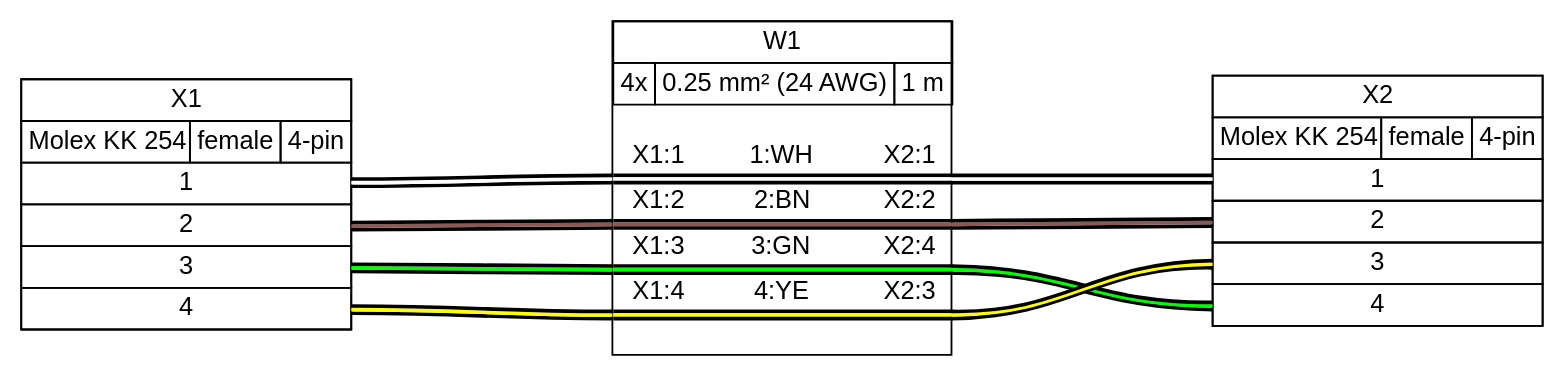
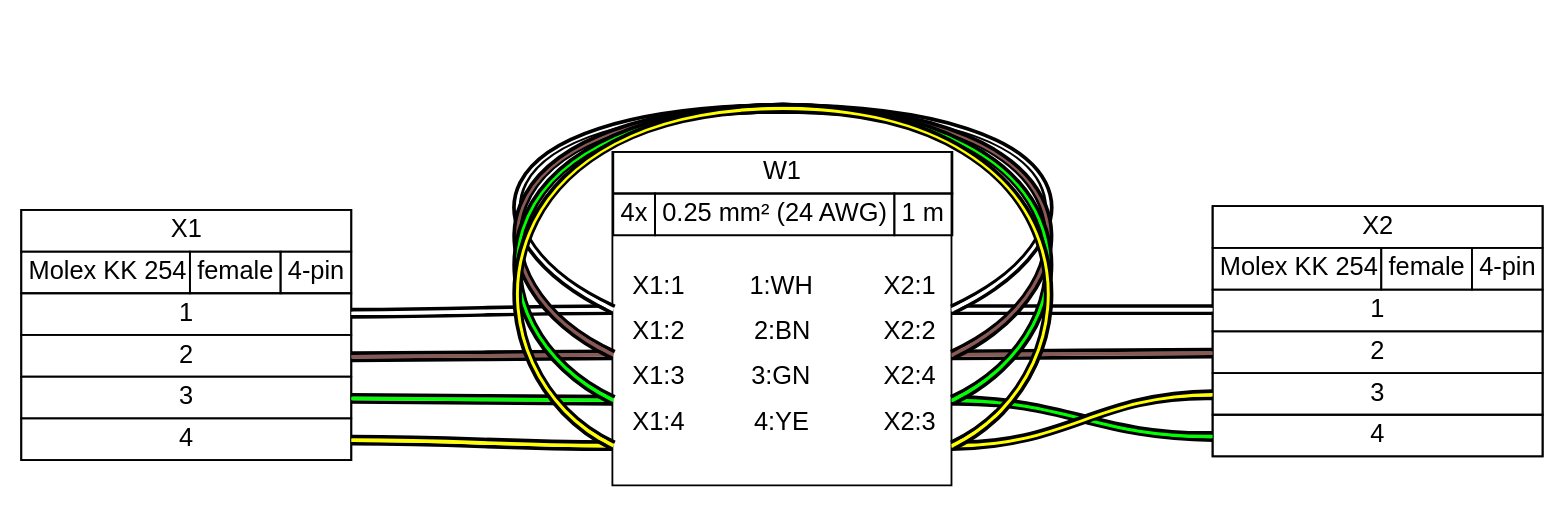
The diagram in tutorial/tutorial02.gv (wireviz/WireViz), drawn with Graphviz before and after one commit. The commit also changed 104 other files, not shown here.

```diff
--- a/tutorial/tutorial02.gv
+++ b/tutorial/tutorial02.gv
@@ -1,169 +1,167 @@
 graph {
-// Graph generated by WireViz 0.4
+// Graph generated by WireViz 0.5-dev
 // https://github.com/formatc1702/WireViz
 	graph [bgcolor="#FFFFFF" fontname=arial nodesep=0.33 rankdir=LR ranksep=2]
 	node [fillcolor="#FFFFFF" fontname=arial height=0 margin=0 shape=none style=filled width=0]
 	edge [fontname=arial style=bold]
+	edge [headclip=true style=bold tailclip=true]
 	X1 [label=<
 <table border="0" cellspacing="0" cellpadding="0">
  <tr><td>
   <table border="0" cellspacing="0" cellpadding="3" cellborder="1"><tr>
    <td balign="left">X1</td>
   </tr></table>
  </td></tr>
  <tr><td>
   <table border="0" cellspacing="0" cellpadding="3" cellborder="1"><tr>
    <td balign="left">Molex KK 254</td>
    <td balign="left">female</td>
    <td balign="left">4-pin</td>
   </tr></table>
  </td></tr>
  <tr><td>
   <table border="0" cellspacing="0" cellpadding="3" cellborder="1">
    <tr>
     <td port="p1r">1</td>
    </tr>
    <tr>
     <td port="p2r">2</td>
    </tr>
    <tr>
     <td port="p3r">3</td>
    </tr>
    <tr>
     <td port="p4r">4</td>
    </tr>
   </table>
  </td></tr>
 </table>
 > fillcolor="#FFFFFF" shape=box style=filled]
+	edge [headclip=true style=bold tailclip=true]
 	X2 [label=<
 <table border="0" cellspacing="0" cellpadding="0">
  <tr><td>
   <table border="0" cellspacing="0" cellpadding="3" cellborder="1"><tr>
    <td balign="left">X2</td>
   </tr></table>
  </td></tr>
  <tr><td>
   <table border="0" cellspacing="0" cellpadding="3" cellborder="1"><tr>
    <td balign="left">Molex KK 254</td>
    <td balign="left">female</td>
    <td balign="left">4-pin</td>
   </tr></table>
  </td></tr>
  <tr><td>
   <table border="0" cellspacing="0" cellpadding="3" cellborder="1">
    <tr>
     <td port="p1l">1</td>
    </tr>
    <tr>
     <td port="p2l">2</td>
    </tr>
    <tr>
     <td port="p3l">3</td>
    </tr>
    <tr>
     <td port="p4l">4</td>
    </tr>
   </table>
  </td></tr>
 </table>
 > fillcolor="#FFFFFF" shape=box style=filled]
 	edge [color="#000000:#ffffff:#000000"]
 	X1:p1r:e -- W1:w1:w
 	W1:w1:e -- X2:p1l:w
+	W1:w1:w -- W1:w1:e [straight=straight]
 	edge [color="#000000:#895956:#000000"]
 	X1:p2r:e -- W1:w2:w
 	W1:w2:e -- X2:p2l:w
+	W1:w2:w -- W1:w2:e [straight=straight]
 	edge [color="#000000:#00ff00:#000000"]
 	X1:p3r:e -- W1:w3:w
 	W1:w3:e -- X2:p4l:w
+	W1:w3:w -- W1:w3:e [straight=straight]
 	edge [color="#000000:#ffff00:#000000"]
 	X1:p4r:e -- W1:w4:w
 	W1:w4:e -- X2:p3l:w
+	W1:w4:w -- W1:w4:e [straight=straight]
 	W1 [label=<
 <table border="0" cellspacing="0" cellpadding="0">
  <tr><td>
   <table border="0" cellspacing="0" cellpadding="3" cellborder="1"><tr>
    <td balign="left">W1</td>
   </tr></table>
  </td></tr>
  <tr><td>
   <table border="0" cellspacing="0" cellpadding="3" cellborder="1"><tr>
    <td balign="left">4x</td>
    <td balign="left">0.25 mm² (24 AWG)</td>
    <td balign="left">1 m</td>
   </tr></table>
  </td></tr>
  <tr><td>
   <table border="0" cellspacing="0" cellborder="0">
    <tr><td>&nbsp;</td></tr>
    <tr>
     <td>X1:1</td>
     <td>
      1:WH
     </td>
     <td>X2:1</td>
    </tr>
    <tr>
     <td colspan="3" border="0" cellspacing="0" cellpadding="0" port="w1" height="6">
      <table cellspacing="0" cellborder="0" border="0">
-      <tr><td colspan="3" cellpadding="0" height="2" bgcolor="#000000" border="0"></td></tr>
-      <tr><td colspan="3" cellpadding="0" height="2" bgcolor="#ffffff" border="0"></td></tr>
-      <tr><td colspan="3" cellpadding="0" height="2" bgcolor="#000000" border="0"></td></tr>
+    <tr><td colspan="3" cellpadding="0" height="6" border="0"></td></tr>
      </table>
     </td>
    </tr>
    <tr>
     <td>X1:2</td>
     <td>
      2:BN
     </td>
     <td>X2:2</td>
    </tr>
    <tr>
     <td colspan="3" border="0" cellspacing="0" cellpadding="0" port="w2" height="6">
      <table cellspacing="0" cellborder="0" border="0">
-      <tr><td colspan="3" cellpadding="0" height="2" bgcolor="#000000" border="0"></td></tr>
-      <tr><td colspan="3" cellpadding="0" height="2" bgcolor="#895956" border="0"></td></tr>
-      <tr><td colspan="3" cellpadding="0" height="2" bgcolor="#000000" border="0"></td></tr>
+    <tr><td colspan="3" cellpadding="0" height="6" border="0"></td></tr>
      </table>
     </td>
    </tr>
    <tr>
     <td>X1:3</td>
     <td>
      3:GN
     </td>
     <td>X2:4</td>
    </tr>
    <tr>
     <td colspan="3" border="0" cellspacing="0" cellpadding="0" port="w3" height="6">
      <table cellspacing="0" cellborder="0" border="0">
-      <tr><td colspan="3" cellpadding="0" height="2" bgcolor="#000000" border="0"></td></tr>
-      <tr><td colspan="3" cellpadding="0" height="2" bgcolor="#00ff00" border="0"></td></tr>
-      <tr><td colspan="3" cellpadding="0" height="2" bgcolor="#000000" border="0"></td></tr>
+    <tr><td colspan="3" cellpadding="0" height="6" border="0"></td></tr>
      </table>
     </td>
    </tr>
    <tr>
     <td>X1:4</td>
     <td>
      4:YE
     </td>
     <td>X2:3</td>
    </tr>
    <tr>
     <td colspan="3" border="0" cellspacing="0" cellpadding="0" port="w4" height="6">
      <table cellspacing="0" cellborder="0" border="0">
-      <tr><td colspan="3" cellpadding="0" height="2" bgcolor="#000000" border="0"></td></tr>
-      <tr><td colspan="3" cellpadding="0" height="2" bgcolor="#ffff00" border="0"></td></tr>
-      <tr><td colspan="3" cellpadding="0" height="2" bgcolor="#000000" border="0"></td></tr>
+    <tr><td colspan="3" cellpadding="0" height="6" border="0"></td></tr>
      </table>
     </td>
    </tr>
    <tr><td>&nbsp;</td></tr>
   </table>
  </td></tr>
 </table>
 > fillcolor="#FFFFFF" shape=box style=filled]
 }
```
